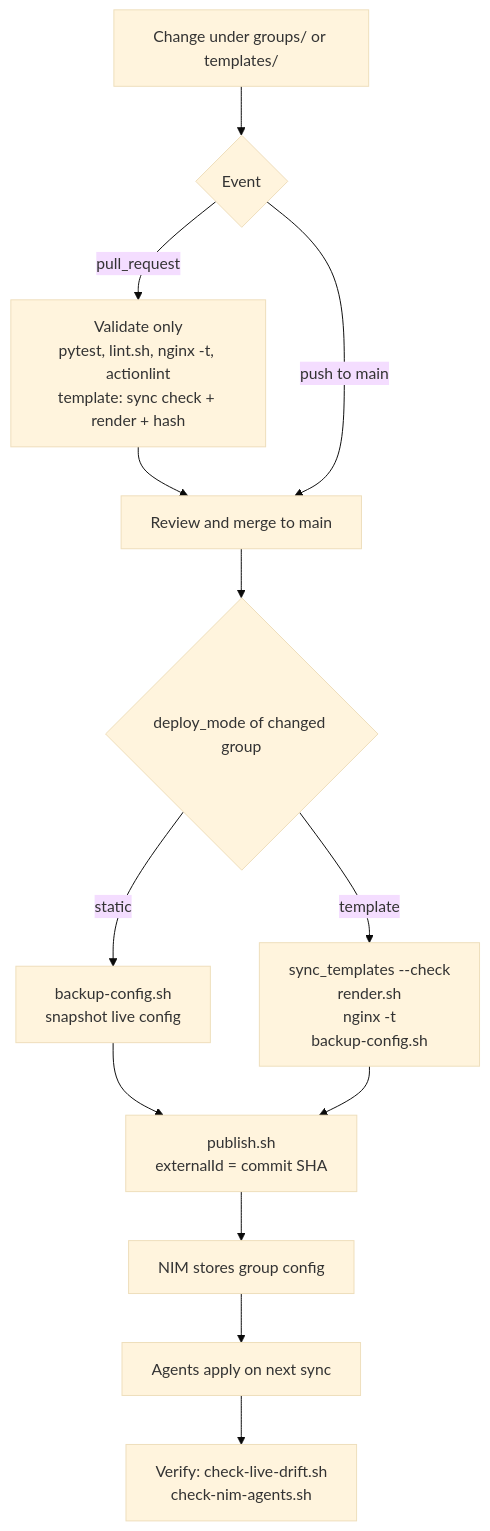
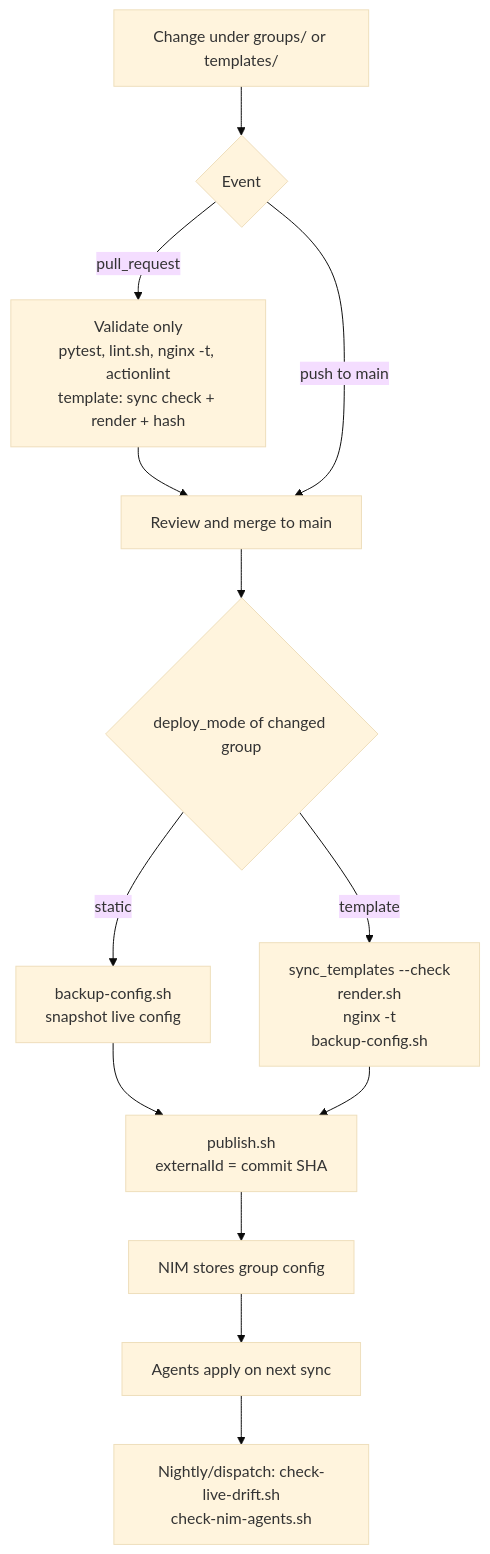
One commit to keskinege/nginx-config-automation changed the second of 4 diagrams in docs/workflow.md. Above: the diagram before and after it, drawn with Mermaid (base theme). The commit also changed other lines of this file and 27 other files, not shown here.

````diff
--- a/docs/workflow.md
+++ b/docs/workflow.md
@@ -74,15 +75,15 @@
 ```mermaid
 flowchart TD
     A["Change under groups/ or templates/"] --> B{"Event"}
     B -->|pull_request| V["Validate only<br/>pytest, lint.sh, nginx -t, actionlint<br/>template: sync check + render + hash"]
     V --> C["Review and merge to main"]
     B -->|push to main| C
     C --> D{"deploy_mode of changed group"}
     D -->|static| E["backup-config.sh<br/>snapshot live config"]
     D -->|template| F["sync_templates --check<br/>render.sh<br/>nginx -t<br/>backup-config.sh"]
     E --> G["publish.sh<br/>externalId = commit SHA"]
     F --> G
     G --> H["NIM stores group config"]
     H --> I["Agents apply on next sync"]
-    I --> J["Verify: check-live-drift.sh<br/>check-nim-agents.sh"]
+    I --> J["Nightly/dispatch: check-live-drift.sh<br/>check-nim-agents.sh"]
 ```
````
